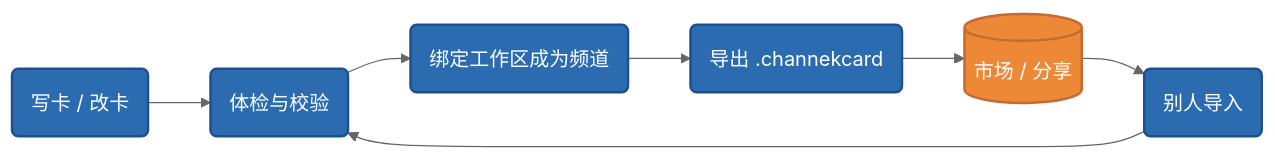
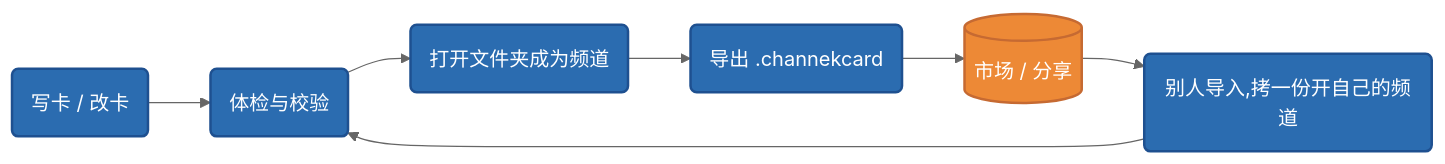
Before and after one commit to garveyhu/channek-docs: the diagram in site/docs/style-card/concepts/card-lifecycle.md, drawn with Mermaid (neutral theme). The commit also changed other lines of this file and 52 other files, not shown here.

````diff
--- a/site/docs/style-card/concepts/card-lifecycle.md
+++ b/site/docs/style-card/concepts/card-lifecycle.md
@@ -35,12 +36,12 @@
 ```mermaid
 graph LR
     classDef stage fill:#2B6CB0,stroke:#1E5090,stroke-width:2px,color:#fff
     classDef store fill:#ED8936,stroke:#C66A32,stroke-width:2px,color:#fff
 
     A("写卡 / 改卡"):::stage --> B("体检与校验"):::stage
-    B --> C("绑定工作区成为频道"):::stage
+    B --> C("打开文件夹成为频道"):::stage
     C --> D("导出 .channekcard"):::stage
     D --> E[("市场 / 分享")]:::store
-    E --> F("别人导入"):::stage
+    E --> F("别人导入,拷一份开自己的频道"):::stage
     F --> B
 ```
````
